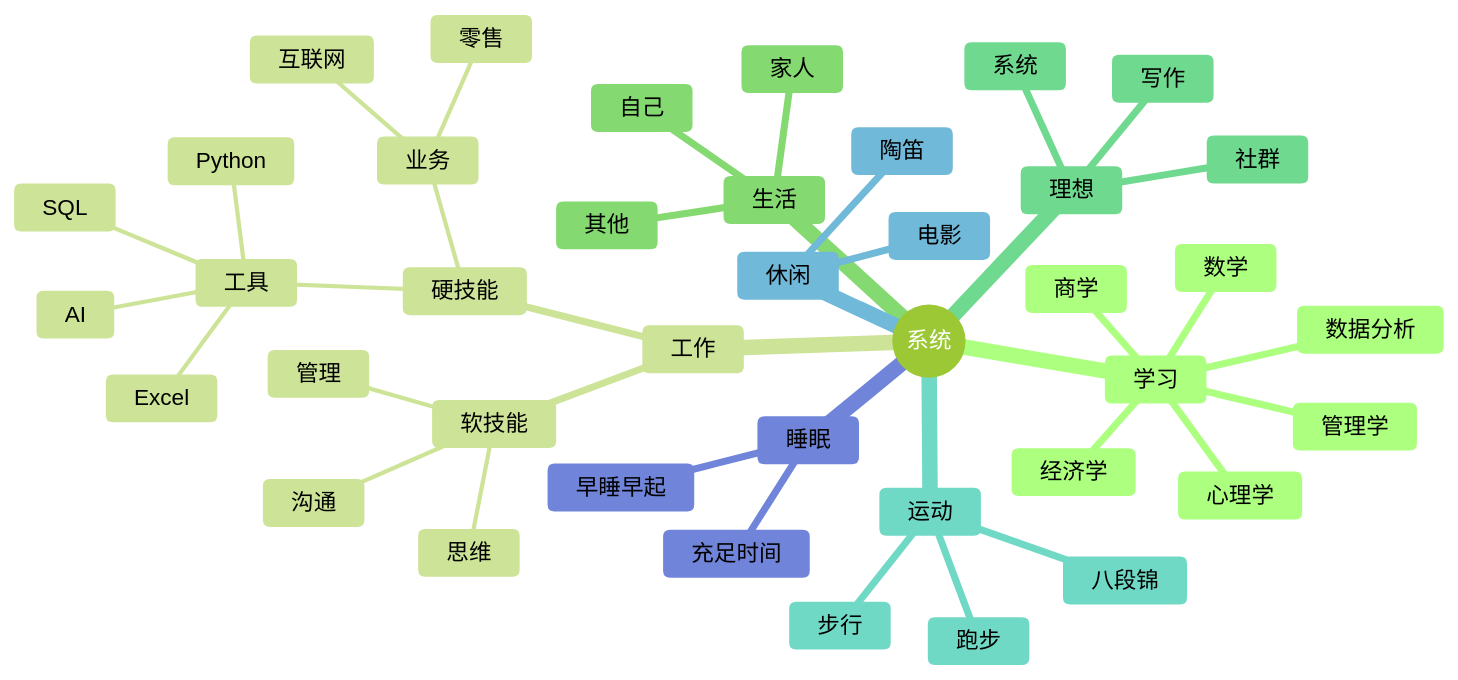
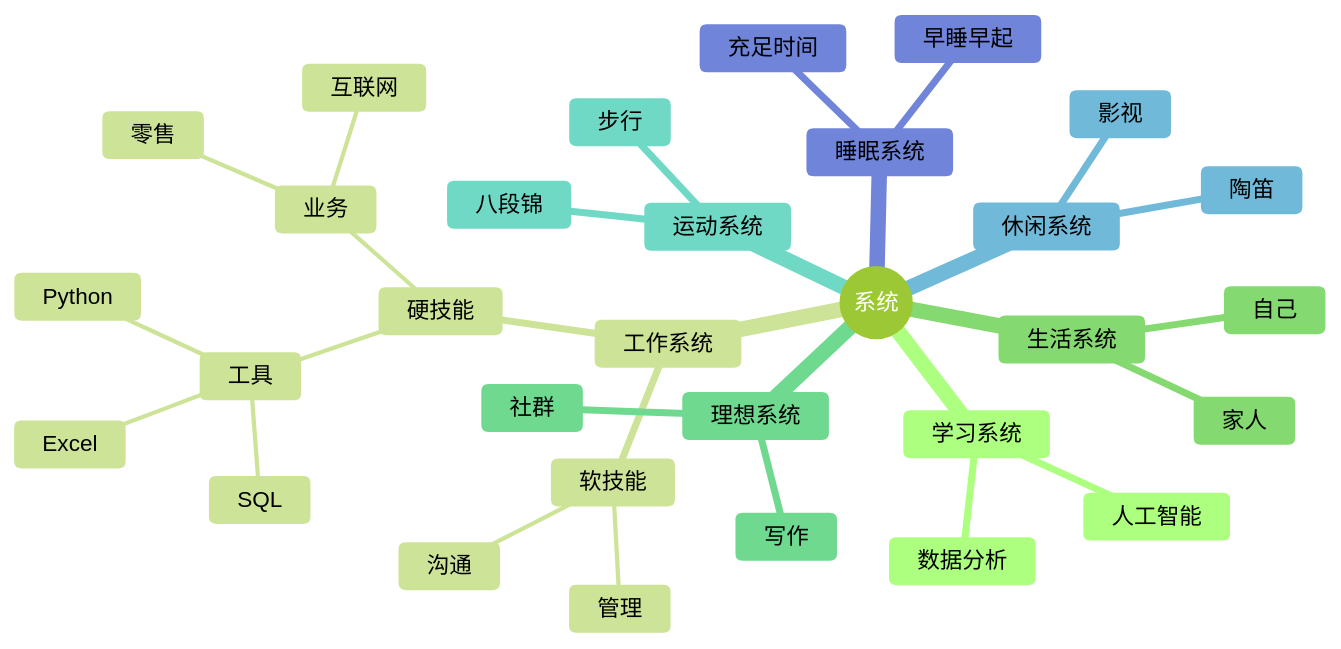
The second of 2 diagrams in system/README.md (sjhfx/linji), drawn with Mermaid (forest theme) before and after one commit. The commit also changed other lines of this file and 1 other file, not shown here.

Commit message:
U 系统：增加图表和闭环。

````diff
--- a/system/README.md
+++ b/system/README.md
@@ -141,43 +174,34 @@
 ```mermaid
 mindmap
   root((系统))
-    学习
+    学习系统
       数据分析
-      数学
-      商学
-      心理学
-      经济学
-      管理学
-    工作
+      人工智能
+    工作系统
       软技能
         沟通
         管理
-        思维
       硬技能
         工具
-          AI
           Excel
           SQL
           Python
         业务
           零售
           互联网
-    生活
+    生活系统
       自己
       家人
-      其他
-    理想
+    理想系统
       写作
-      系统
       社群
-    运动
+    运动系统
       步行
       八段锦
-      跑步
-    休闲
+    休闲系统
       陶笛
-      电影
-    睡眠
+      影视
+    睡眠系统
       早睡早起
       充足时间
 ```
````
